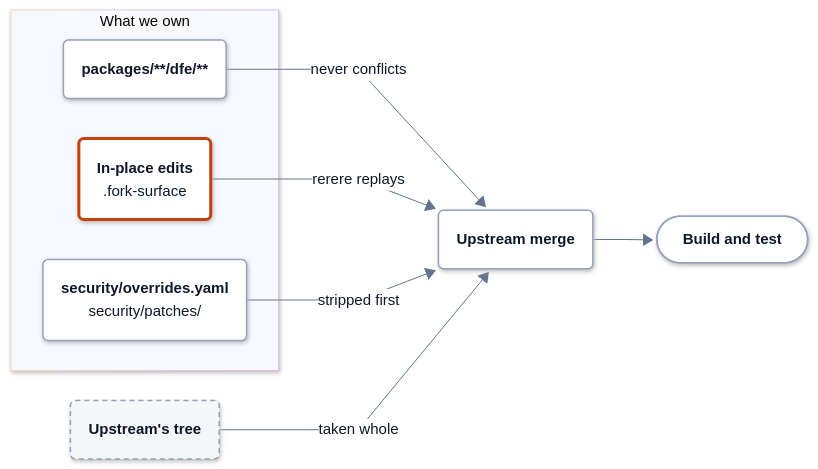
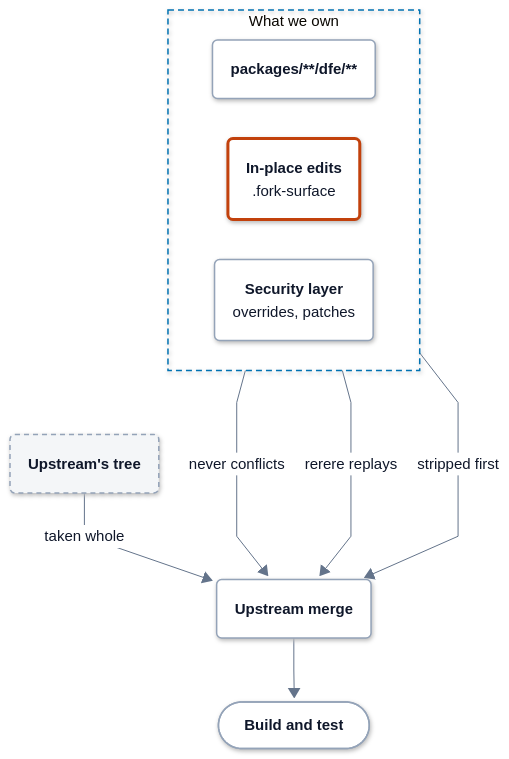
The diagram in docs/fork/README.md (hyperi-io/dfe-hyperdx), drawn with Mermaid before and after one commit. The commit also changed 15 other files, not shown here.

First line of the commit message:
docs(architecture): add the architecture page and fit every flowchart (#234)

````diff
--- a/docs/fork/README.md
+++ b/docs/fork/README.md
@@ -29,77 +29,80 @@
 ```mermaid
 ---
 config:
   theme: base
   look: neo
   fontFamily: Inter, -apple-system, Segoe UI, Roboto, Helvetica, Arial, sans-serif
   flowchart:
     curve: linear
     nodeSpacing: 40
     rankSpacing: 64
     padding: 18
     wrappingWidth: 280
     htmlLabels: true
   elk:
     preset: modelOrder
   themeVariables:
     fontSize: 15px
     lineColor: "#64748B"
     primaryTextColor: "#0F172A"
     clusterBorder: "#0072B2"
     edgeLabelBackground: "#FFFFFF"
   themeCSS: >-
     p{margin:0}
     .node[data-look] rect,.node[data-look] path,.node[data-look] polygon,.node[data-look] .outer-path{filter:drop-shadow(0 1px 2px rgba(15,23,42,.10)) drop-shadow(0 6px 14px rgba(15,23,42,.10))}
     .node rect{rx:10px;ry:10px}
     .cluster rect{rx:16px;ry:16px}
     .node .label div{min-width:150px}
     .node.decision .label div{min-width:0}
     .cluster[data-look] rect{filter:none}
     .nodeLabel{line-height:1.35}
     .nodeLabel b{font-weight:600;font-size:15px;letter-spacing:-0.01em}
     .nodeLabel span{font-size:12.5px;font-weight:400;color:#334155}
     .cluster-label span.nodeLabel{display:inline-block;background:#FFFFFF;color:#0B2A3F;border:1.5px solid #0072B2;border-radius:999px;padding:2px 12px;font-size:11.5px;font-weight:700;letter-spacing:.09em;text-transform:uppercase}
     .flowchart-link{stroke-width:1.75px}
     .labelBkg{background:transparent!important}
     span.edgeLabel{display:inline-block;background:#FFFFFF!important;color:#1E293B;border:1px solid #94A3B8;border-radius:999px;padding:2px 10px;font-size:12px;font-weight:500}
     span.edgeLabel p{background:transparent!important}
     .label-icon{width:20px;height:20px;vertical-align:-4px;margin-right:6px}
     .ingest .label-icon{color:#0E8A7D}
     .xform .label-icon{color:#7B4FB0}
     .load .label-icon{color:#0072B2}
     .bus .label-icon{color:#A8517F}
     .store .label-icon{color:#00785A}
     .ui .label-icon{color:#D9480F}
     .ext .label-icon{color:#64748B}
 ---
-flowchart LR
+flowchart TB
   accTitle: L4 Detail -- What an upstream merge takes
   accDescr: Our dfe directories never conflict, catalogued in-place edits conflict and rerere replays them, the security layer is stripped before the merge and rebuilt after, and the rest of the tree is taken whole from upstream. The build and tests after the merge are the proof.
   subgraph ours["What we own"]
+    direction LR
     dfedir("<b>packages/**/dfe/**</b>")
     inplace("<b>In-place edits</b><br/><span>.fork-surface</span>")
-    temp("<b>security/overrides.yaml</b><br/><span>security/patches/</span>")
+    temp("<b>Security layer</b><br/><span>overrides, patches</span>")
   end
   rest("<b>Upstream's tree</b>")
   merge("<b>Upstream merge</b>")
   gate(["<b>Build and test</b>"])
   dfedir -->|never conflicts| merge
   inplace -->|rerere replays| merge
   temp -->|stripped first| merge
   rest -->|taken whole| merge
   merge --> gate
+  ours ~~~ rest
+  class dfedir,temp,merge,gate part
+  class inplace error
+  class rest ext
   classDef ext fill:#F4F6F8,stroke:#94A3B8,stroke-width:1.5px,stroke-dasharray:5 4,color:#0F172A
   classDef ingest fill:#FFFFFF,stroke:#0E8A7D,stroke-width:3px,color:#0F172A
   classDef xform fill:#FFFFFF,stroke:#7B4FB0,stroke-width:3px,color:#0F172A
   classDef load fill:#FFFFFF,stroke:#0072B2,stroke-width:3px,color:#0F172A
   classDef bus fill:#FFFFFF,stroke:#A8517F,stroke-width:3px,color:#0F172A
   classDef store fill:#FFFFFF,stroke:#00785A,stroke-width:3px,color:#0F172A
   classDef ui fill:#FFFFFF,stroke:#D9480F,stroke-width:3px,color:#0F172A
   classDef decision fill:#FFFFFF,stroke:#9A6700,stroke-width:3px,color:#0F172A
   classDef error fill:#FFFFFF,stroke:#C2410C,stroke-width:3px,color:#0F172A
   classDef control fill:#FFFFFF,stroke:#334155,stroke-width:3px,color:#0F172A
   classDef part fill:#FFFFFF,stroke:#94A3B8,stroke-width:1.5px,color:#0F172A
-  class dfedir,temp,merge,gate part
-  class inplace error
-  class rest ext
+  style ours fill:none,stroke:#0072B2,stroke-width:1.5px,stroke-dasharray:6 4
 ```
````
